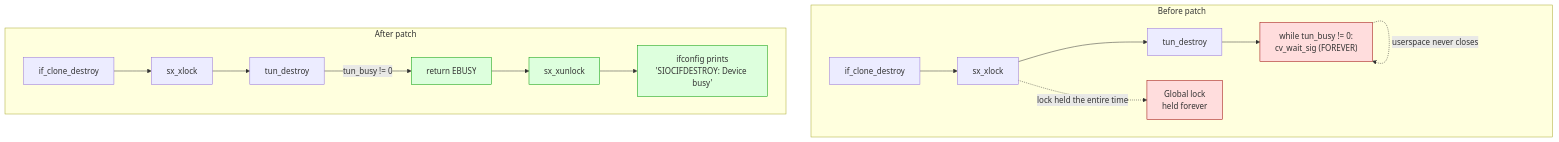
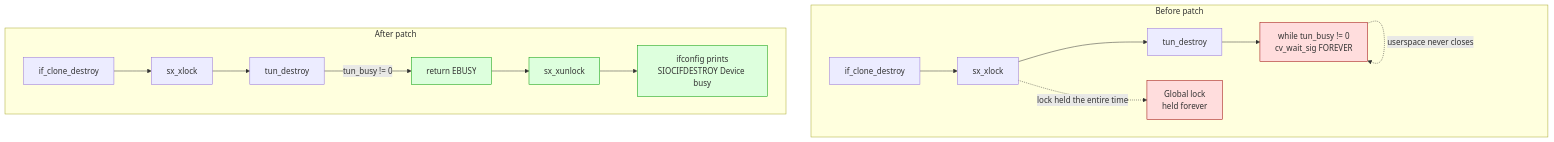
Before and after one commit to ocochard/myscripts: the fifth of 6 diagrams in FreeBSD/doc/tun_destroy_deadlock_case_study.md, drawn with Mermaid. The commit also changed other lines of this file, not shown here.

First line of the commit message:
tun_destroy case study: fix mermaid rendering on GitHub, drop hostname

````diff
--- a/FreeBSD/doc/tun_destroy_deadlock_case_study.md
+++ b/FreeBSD/doc/tun_destroy_deadlock_case_study.md
@@ -684,23 +684,23 @@
 ```mermaid
 flowchart TD
     subgraph before [Before patch]
         B1[if_clone_destroy] --> B2[sx_xlock]
         B2 --> B3[tun_destroy]
-        B3 --> B4["while tun_busy != 0:<br/>cv_wait_sig (FOREVER)"]
+        B3 --> B4["while tun_busy != 0<br/>cv_wait_sig FOREVER"]
         B4 -.->|userspace never closes| B4
-        B2 -.->|lock held the entire time| BL[Global lock<br/>held forever]
+        B2 -.->|lock held the entire time| BL["Global lock<br/>held forever"]
     end
 
     subgraph after [After patch]
         A1[if_clone_destroy] --> A2[sx_xlock]
         A2 --> A3[tun_destroy]
         A3 -->|tun_busy != 0| A4[return EBUSY]
         A4 --> A5[sx_xunlock]
-        A5 --> A6[ifconfig prints<br/>'SIOCIFDESTROY: Device busy']
+        A5 --> A6["ifconfig prints<br/>SIOCIFDESTROY Device busy"]
     end
 
     classDef bad fill:#fdd,stroke:#900
     classDef good fill:#dfd,stroke:#090
     class B4,BL bad
     class A4,A5,A6 good
 ```
````
